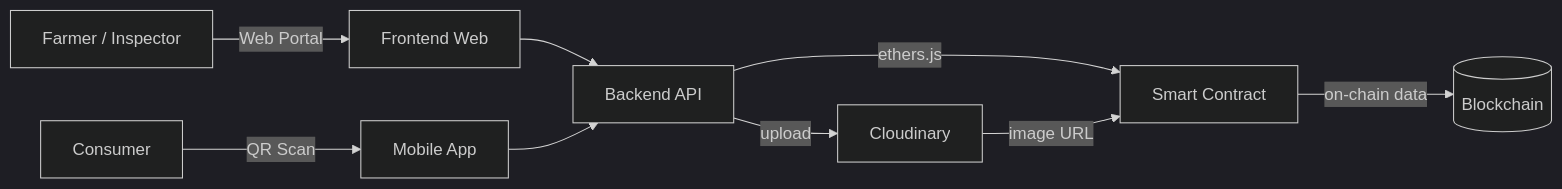
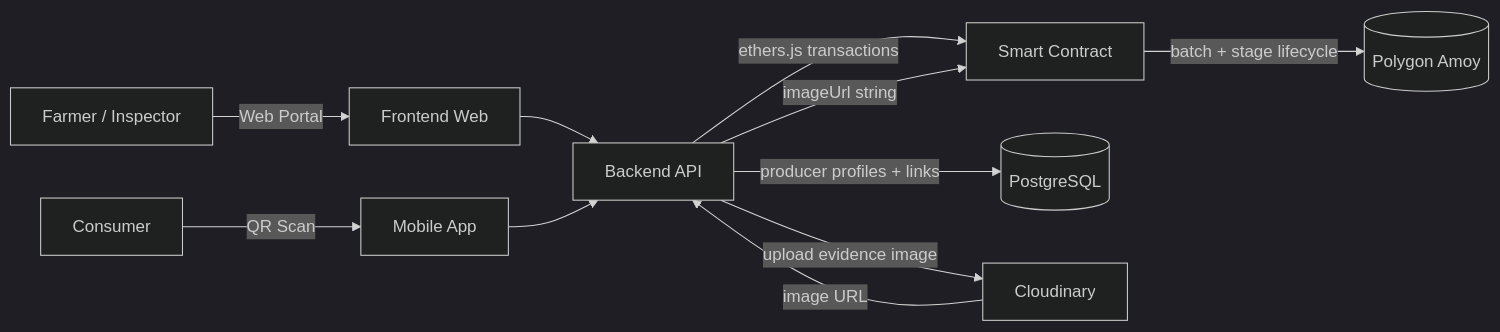
The first of 2 diagrams in README.md (xuanhai0913/agri-traceability-system), drawn with Mermaid (dark theme) before and after one commit. The commit also changed other lines of this file and 2 other files, not shown here.

Commit message:
docs: clarify on-chain off-chain data model

````diff
--- a/README.md
+++ b/README.md
@@ -80,11 +86,13 @@
 ```mermaid
 flowchart LR
     A[Farmer / Inspector] -->|Web Portal| B[Frontend Web]
     C[Consumer] -->|QR Scan| D[Mobile App]
     B --> E[Backend API]
     D --> E
-    E -->|ethers.js| F[Smart Contract]
-    E -->|upload| G[Cloudinary]
-    F -->|on-chain data| H[(Blockchain)]
-    G -->|image URL| F
+    E -->|ethers.js transactions| F[Smart Contract]
+    F -->|batch + stage lifecycle| H[(Polygon Amoy)]
+    E -->|producer profiles + links| I[(PostgreSQL)]
+    E -->|upload evidence image| G[Cloudinary]
+    G -->|image URL| E
+    E -->|imageUrl string| F
 ```
````
